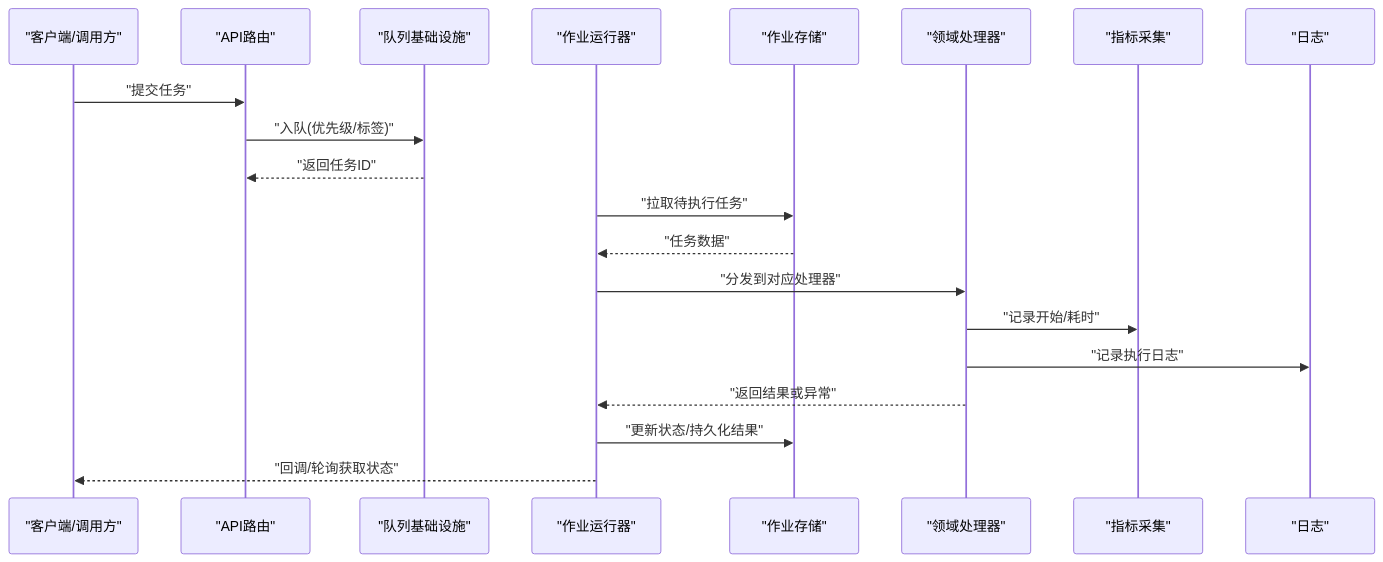
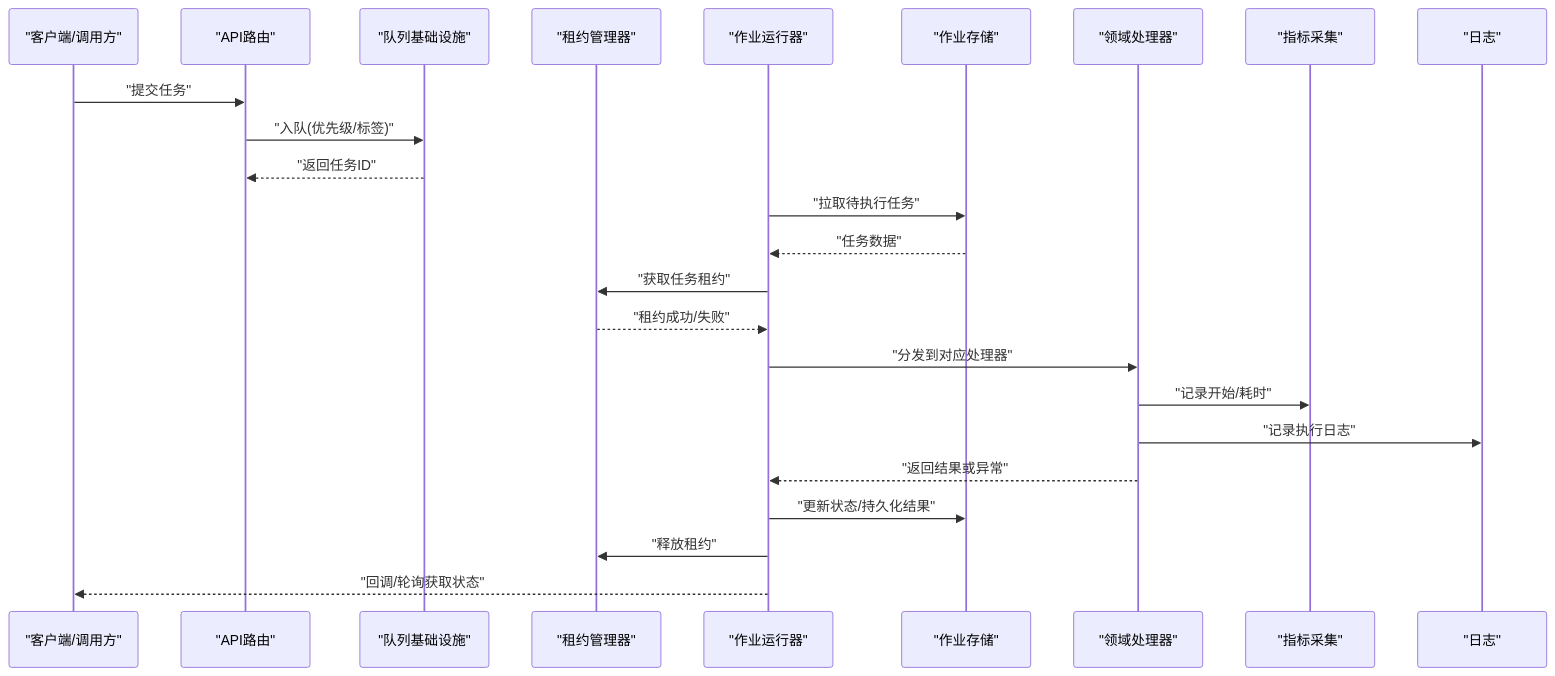
The second of 6 diagrams in .qoder/repowiki/zh/content/后端架构/任务处理/任务处理.md (scottcwy/PurpleInk), drawn with Mermaid before and after one commit. The commit also changed other lines of this file and 37 other files, not shown here.

````diff
--- a/.qoder/repowiki/zh/content/后端架构/任务处理/任务处理.md
+++ b/.qoder/repowiki/zh/content/后端架构/任务处理/任务处理.md
@@ -124,22 +137,26 @@
 ```mermaid
 sequenceDiagram
 participant Client as "客户端/调用方"
 participant API as "API路由"
 participant Queue as "队列基础设施"
+participant LeaseMgr as "租约管理器"
 participant Runner as "作业运行器"
 participant Store as "作业存储"
 participant Handler as "领域处理器"
 participant Metrics as "指标采集"
 participant Logger as "日志"
 Client->>API : "提交任务"
 API->>Queue : "入队(优先级/标签)"
 Queue-->>API : "返回任务ID"
 Runner->>Store : "拉取待执行任务"
 Store-->>Runner : "任务数据"
+Runner->>LeaseMgr : "获取任务租约"
+LeaseMgr-->>Runner : "租约成功/失败"
 Runner->>Handler : "分发到对应处理器"
 Handler->>Metrics : "记录开始/耗时"
 Handler->>Logger : "记录执行日志"
 Handler-->>Runner : "返回结果或异常"
 Runner->>Store : "更新状态/持久化结果"
+Runner->>LeaseMgr : "释放租约"
 Runner-->>Client : "回调/轮询获取状态"
 ```
````
